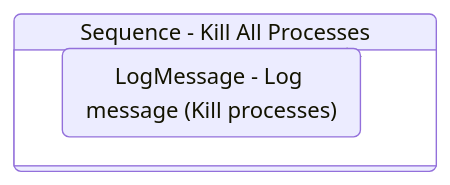
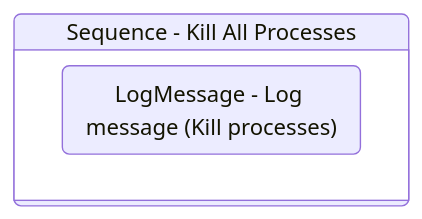
The diagram in Documentation/.templates/Performers/REFramework/Framework/KillAllProcesses.md (yashbrahmbhatt/LazyFramework), drawn with Mermaid before and after one commit. The commit also changed other lines of this file and 83 other files, not shown here.

````diff
--- a/Documentation/.templates/Performers/REFramework/Framework/KillAllProcesses.md
+++ b/Documentation/.templates/Performers/REFramework/Framework/KillAllProcesses.md
@@ -85,10 +87,10 @@
 ```mermaid
 stateDiagram-v2
+
 
 Sequence_2: Sequence - Kill All Processes
 state Sequence_2 {
 direction TB
 LogMessage_1 : LogMessage - Log message (Kill processes)
 }
-LogMessage_1 --> Sequence_2
 ```
````
